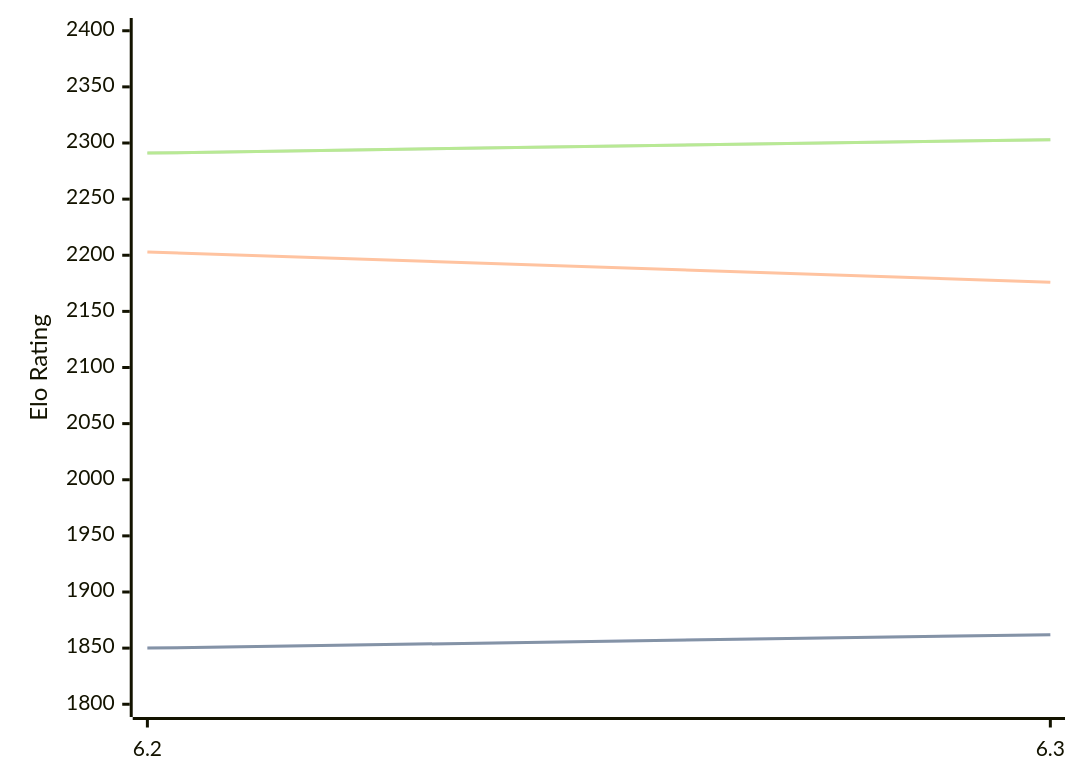
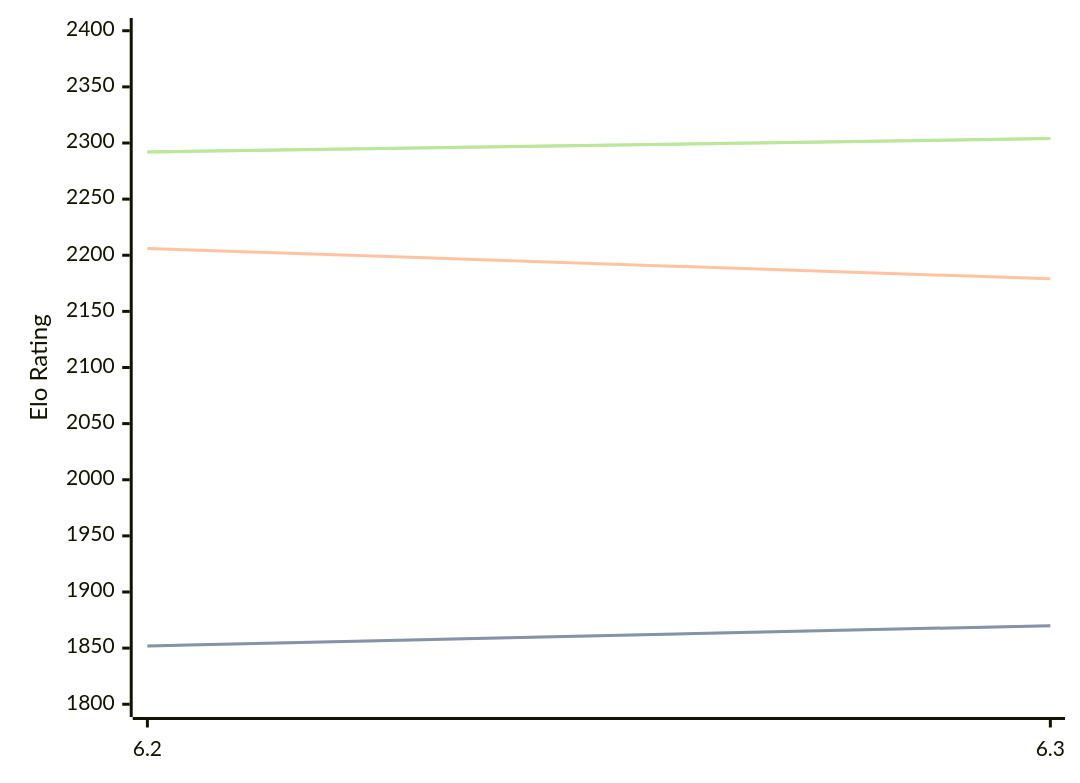
Before and after one commit to computer-chess-index/cci: the diagram in engines/chess4j.md, drawn with Mermaid. The commit also changed other lines of this file, not shown here.

Commit message:
Update CCI Ratings (ELO VLTC) - 2026-08-22

````diff
--- a/engines/chess4j.md
+++ b/engines/chess4j.md
@@ -32,11 +32,11 @@
 ```mermaid
 %%{init: {"theme":"base","themeVariables":{"seriesColors:['#a3a3a3','#222221','#faa371']}}}%%
 xychart-beta
   x-axis ["6.2", "6.3"]
   y-axis "Elo Rating" 1800 --> 2400
-  line "STC (8.0+0.08s)" [1850, 1862]
-  line "STC (8.0+0.08s)" [1850, 1862]
-  line "LTC (60.0+0.60s)" [2203, 2176]
-  line "VLTC (2m24s+1.12s)" [2291, 2303]
-  line "VLTC (2m24s+1.12s)" [2291, 2303]
+  line "STC (8.0+0.08s)" [1852, 1870]
+  line "STC (8.0+0.08s)" [1852, 1870]
+  line "LTC (60.0+0.60s)" [2206, 2179]
+  line "VLTC (2m24s+1.12s)" [2292, 2304]
+  line "VLTC (2m24s+1.12s)" [2292, 2304]
 ```
````
